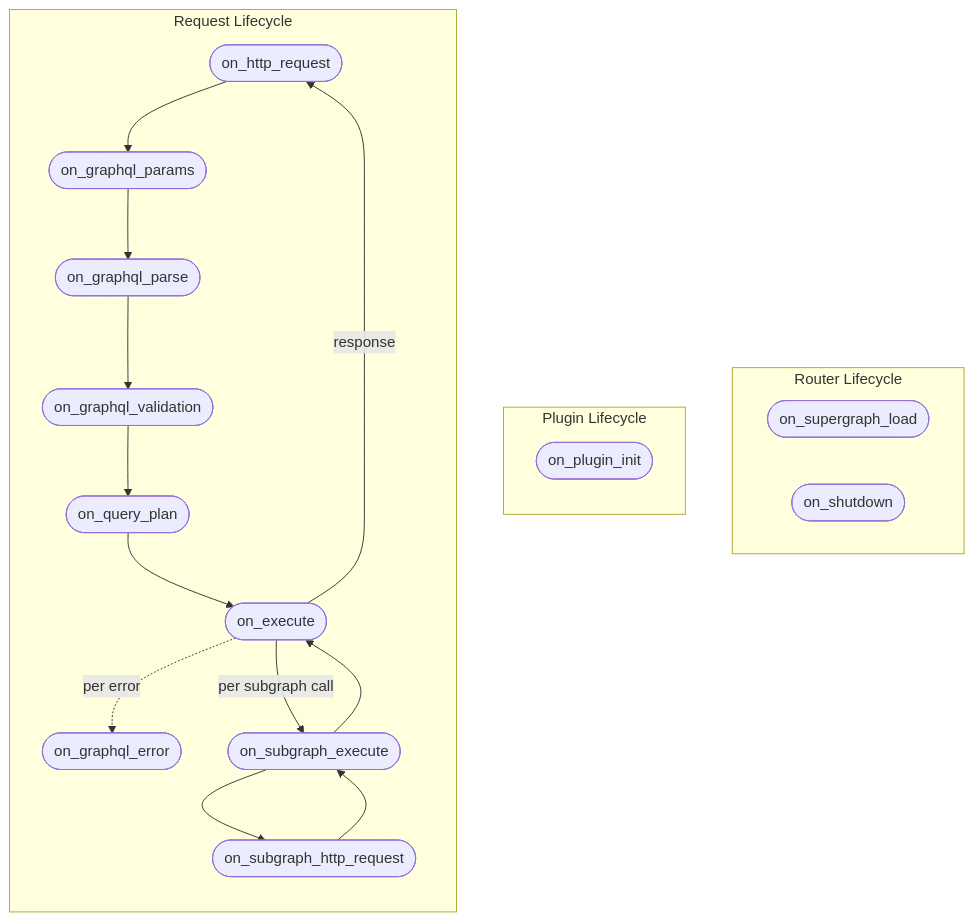
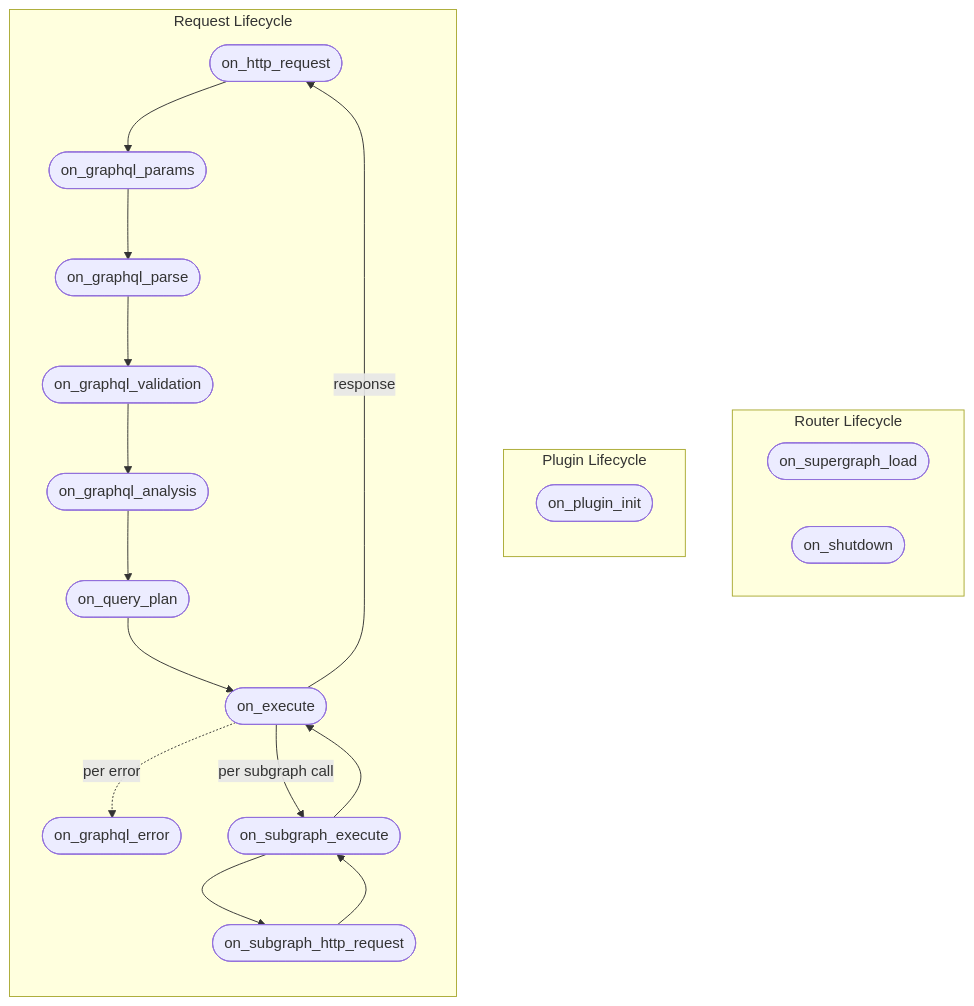
The diagram in packages/documentation/content/docs/router/customizations/plugin-system/hooks.mdx (graphql-hive/docs), drawn with Mermaid before and after one commit. The commit also changed other lines of this file, not shown here.

Commit message:
docs(router): `on_graphql_analysis` hook (#146)

````diff
--- a/packages/documentation/content/docs/router/customizations/plugin-system/hooks.mdx
+++ b/packages/documentation/content/docs/router/customizations/plugin-system/hooks.mdx
@@ -9,41 +9,43 @@
 ```mermaid
 flowchart TB
     subgraph "Router Lifecycle"
       direction LR
       SL([on_supergraph_load])
       ON([on_shutdown])
     end
 
     subgraph "Plugin Lifecycle"
       direction TB
       PI([on_plugin_init])
     end
 
     subgraph "Request Lifecycle"
       direction TB
       A([on_http_request]) --> B([on_graphql_params])
       B --> D([on_graphql_parse])
       D --> F([on_graphql_validation])
-      F --> H([on_query_plan])
+      F --> G([on_graphql_analysis])
+      G --> H([on_query_plan])
       H --> J([on_execute])
       J -.->|"per error"| GE([on_graphql_error])
       J -->|"per subgraph call"| K([on_subgraph_execute])
       K --> L([on_subgraph_http_request])
       L --> K
       K --> J
       J -->|"response"| A
 
       click A href "#on_http_request"
       click B href "#on_graphql_params"
       click D href "#on_graphql_parse"
       click F href "#on_graphql_validation"
+      click G href "#on_graphql_analysis"
       click H href "#on_query_plan"
       click J href "#on_execute"
       click K href "#on_subgraph_execute"
       click L href "#on_subgraph_http_request"
       click SL href "#on_supergraph_load"
       click PI href "#on_plugin_init"
       click ON href "#on_shutdown"
       click GE href "#on_graphql_error"
     end
 ```
````
